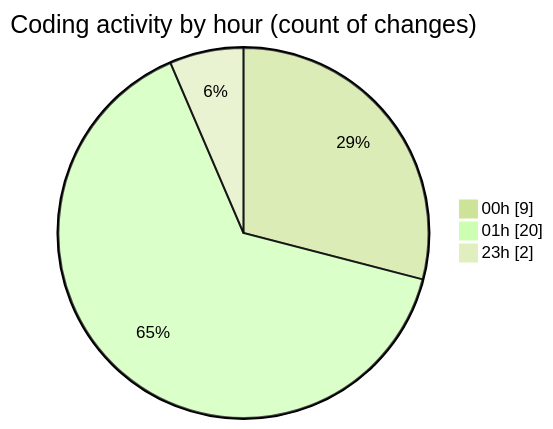
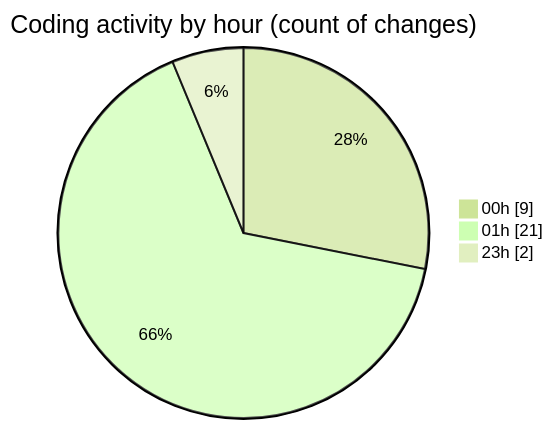
Before and after one commit to Elitesun/code-tracking: the second of 2 diagrams in 2025-01-31/react/README.md, drawn with Mermaid (forest theme). The commit also changed other lines of this file and 1 other file, not shown here.

````diff
--- a/2025-01-31/react/README.md
+++ b/2025-01-31/react/README.md
@@ -32,7 +32,7 @@
 ```mermaid
 pie showData
 title Coding activity by hour (count of changes)
 "00h" : 9
-"01h" : 20
+"01h" : 21
 "23h" : 2
 ```
````
